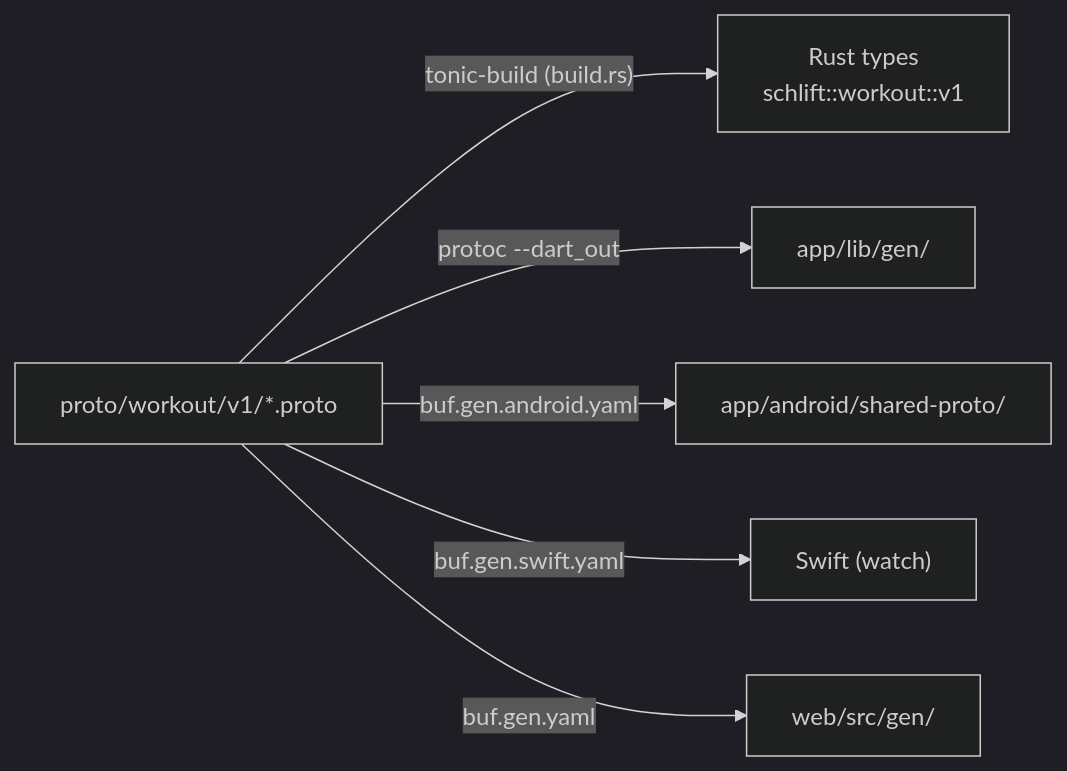
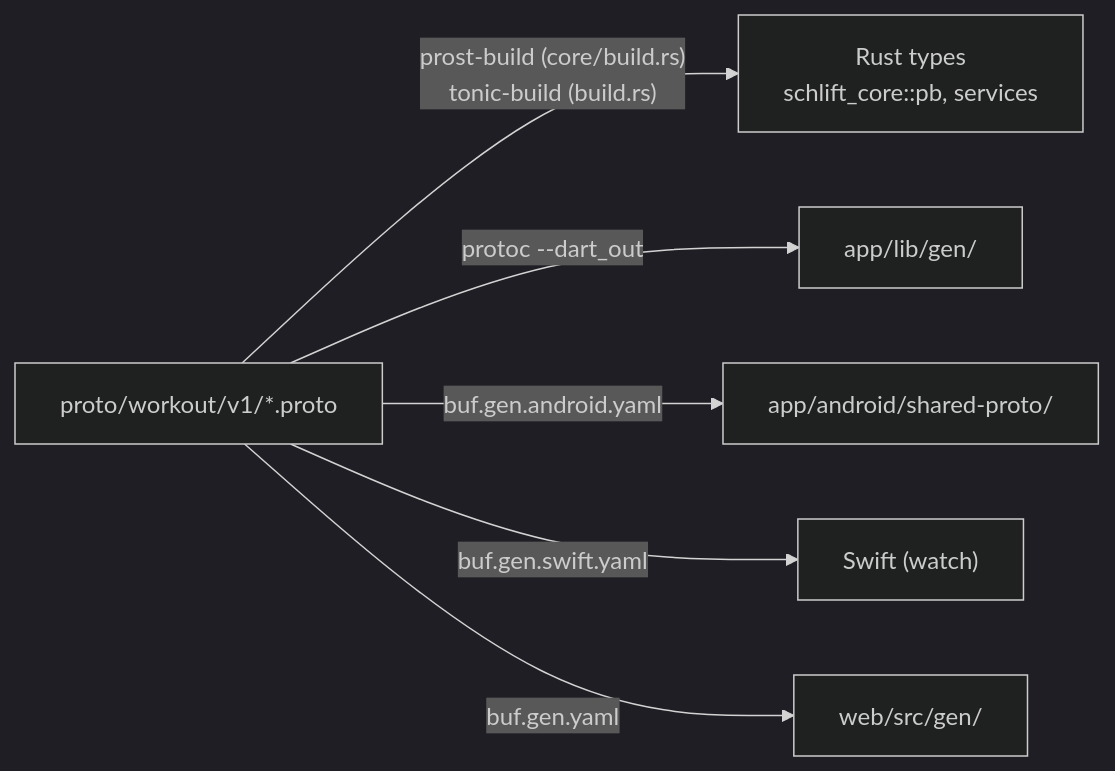
Before and after one commit to brensch/lift: the second of 4 diagrams in docs/architecture/overview.md, drawn with Mermaid (dark theme). The commit also changed other lines of this file and 214 other files, not shown here.

First line of the commit message:
Local-first: the Rust core on the phone (#74)

````diff
--- a/docs/architecture/overview.md
+++ b/docs/architecture/overview.md
@@ -71,9 +83,9 @@
 ```mermaid
 graph LR
     proto["proto/workout/v1/*.proto"]
-    proto -->|"tonic-build (build.rs)"| rust["Rust types<br/>schlift::workout::v1"]
+    proto -->|"prost-build (core/build.rs)<br/>tonic-build (build.rs)"| rust["Rust types<br/>schlift_core::pb, services"]
     proto -->|"protoc --dart_out"| dart["app/lib/gen/"]
     proto -->|"buf.gen.android.yaml"| java["app/android/shared-proto/"]
     proto -->|"buf.gen.swift.yaml"| swift["Swift (watch)"]
     proto -->|"buf.gen.yaml"| ts["web/src/gen/"]
 ```
````
